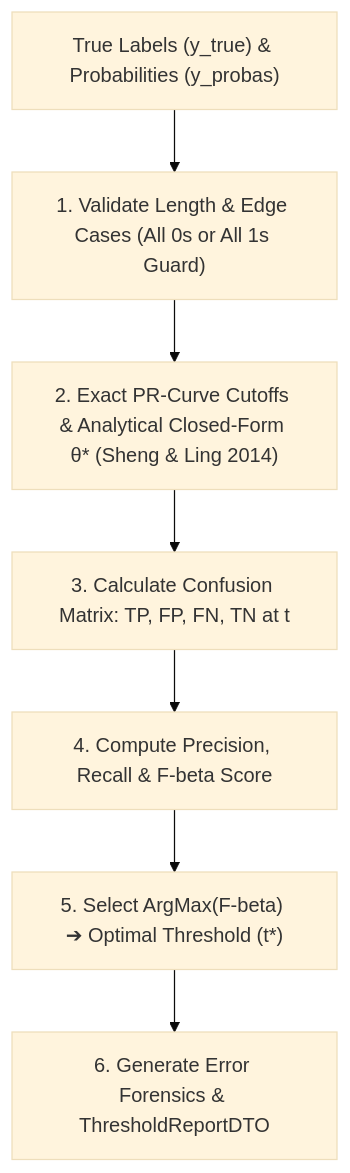
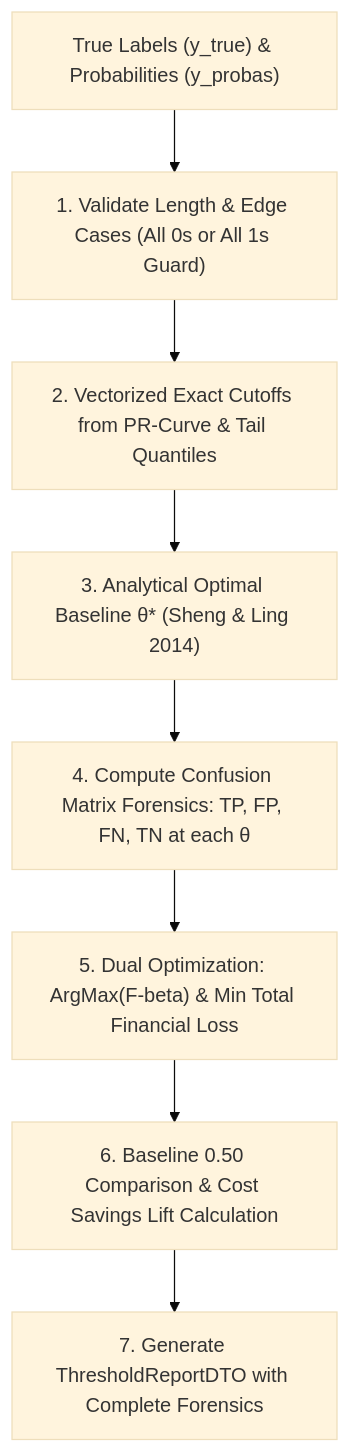
The second of 2 diagrams in docs/tools/ml_tune_threshold_and_errors.md (sadik004/ml-mcp), drawn with Mermaid (base theme) before and after one commit. The commit also changed other lines of this file and 2 other files, not shown here.

Commit message:
docs(phase-4): completely rewrite Section 5 and 6 in Phase 4 deep dive docs with research foundations and full JSON schemas

````diff
--- a/docs/tools/ml_tune_threshold_and_errors.md
+++ b/docs/tools/ml_tune_threshold_and_errors.md
@@ -87,9 +87,10 @@
 ```mermaid
 flowchart TD
     A["True Labels (y_true) & Probabilities (y_probas)"] --> B["1. Validate Length & Edge Cases (All 0s or All 1s Guard)"]
-    B --> C["2. Exact PR-Curve Cutoffs & Analytical Closed-Form θ* (Sheng & Ling 2014)"]
-    C --> D["3. Calculate Confusion Matrix: TP, FP, FN, TN at t"]
-    D --> E["4. Compute Precision, Recall & F-beta Score"]
-    E --> F["5. Select ArgMax(F-beta) ➔ Optimal Threshold (t*)"]
-    F --> G["6. Generate Error Forensics & ThresholdReportDTO"]
+    B --> C["2. Vectorized Exact Cutoffs from PR-Curve & Tail Quantiles"]
+    C --> D["3. Analytical Optimal Baseline θ* (Sheng & Ling 2014)"]
+    D --> E["4. Compute Confusion Matrix Forensics: TP, FP, FN, TN at each θ"]
+    E --> F["5. Dual Optimization: ArgMax(F-beta) & Min Total Financial Loss"]
+    F --> G["6. Baseline 0.50 Comparison & Cost Savings Lift Calculation"]
+    G --> H["7. Generate ThresholdReportDTO with Complete Forensics"]
 ```
````
